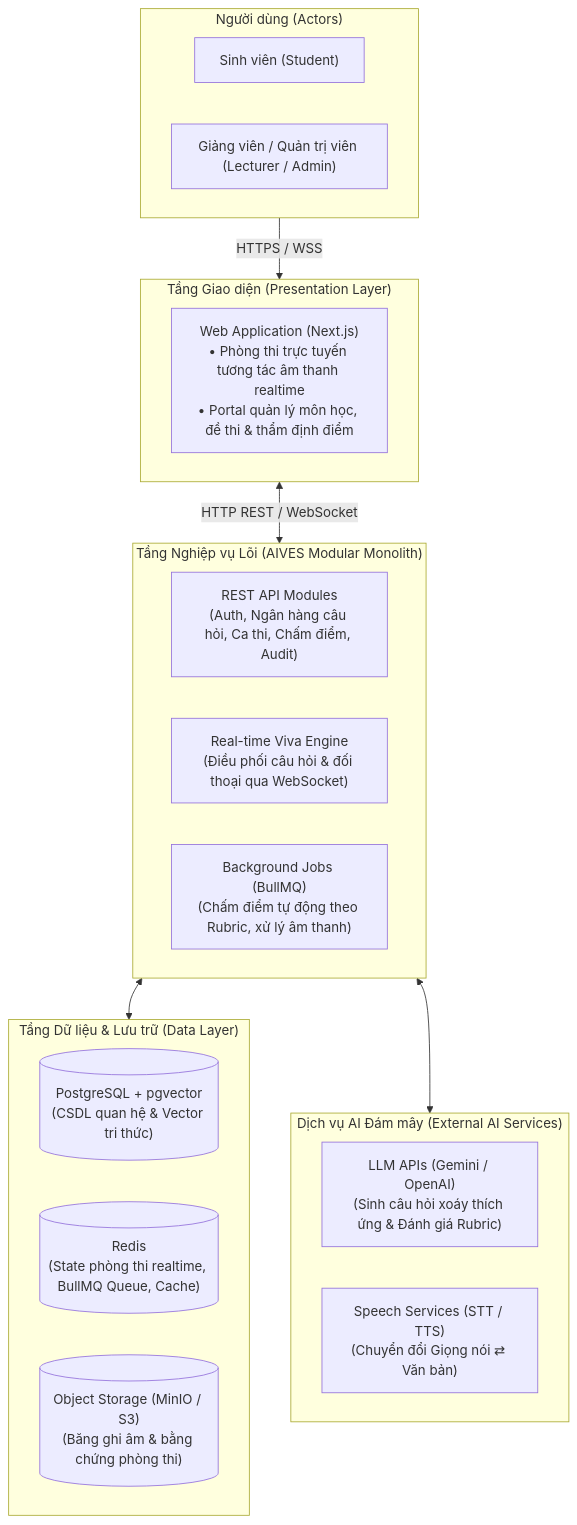
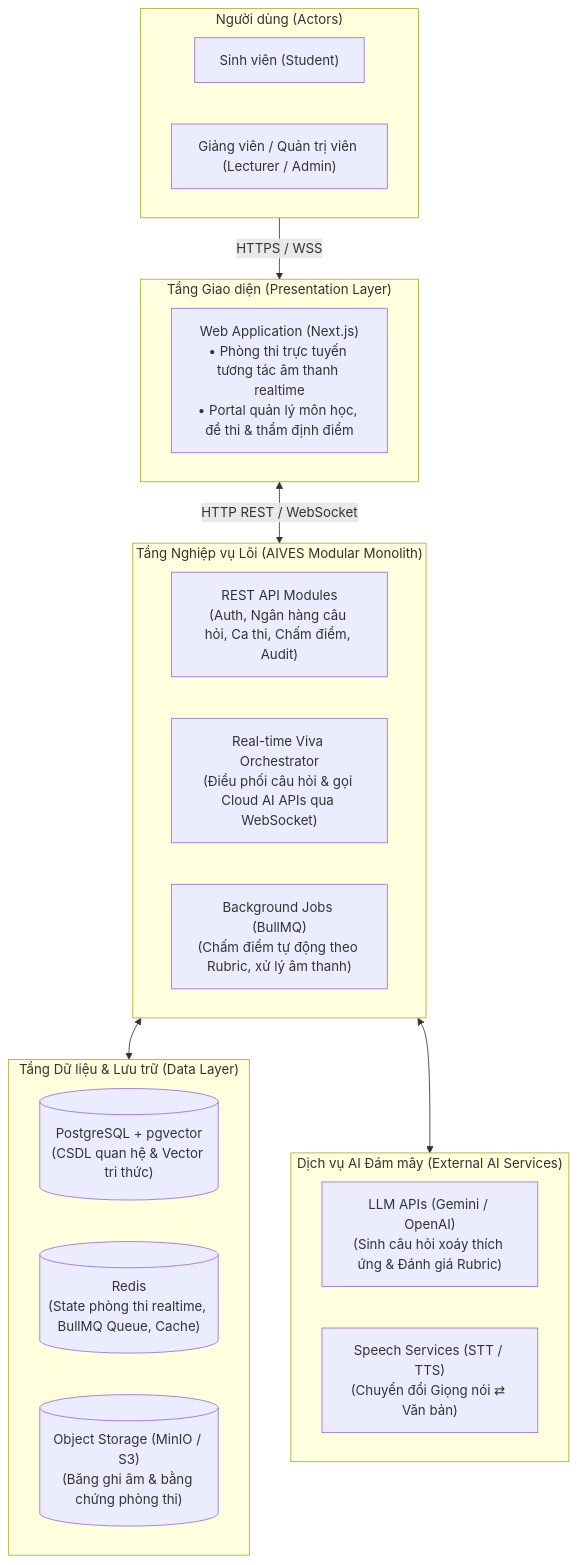
The first of 3 diagrams in document/02-architecture-design.md (SWD392-Group-4/AI-powered-Viva-Exam-System), drawn with Mermaid before and after one commit. The commit also changed other lines of this file and 6 other files, not shown here.

Commit message:
docs: add system architecture, business rules, workflows, and use-case diagram for AIVES

````diff
--- a/document/02-architecture-design.md
+++ b/document/02-architecture-design.md
@@ -15,33 +15,33 @@
 ```mermaid
 flowchart TB
     subgraph Users["Người dùng (Actors)"]
         STU["Sinh viên (Student)"]
         LEC["Giảng viên / Quản trị viên (Lecturer / Admin)"]
     end
 
     subgraph Presentation["Tầng Giao diện (Presentation Layer)"]
         CLIENT["Web Application (Next.js)\n• Phòng thi trực tuyến tương tác âm thanh realtime\n• Portal quản lý môn học, đề thi & thẩm định điểm"]
     end
 
     subgraph Backend["Tầng Nghiệp vụ Lõi (AIVES Modular Monolith)"]
         API["REST API Modules\n(Auth, Ngân hàng câu hỏi, Ca thi, Chấm điểm, Audit)"]
-        REALTIME["Real-time Viva Engine\n(Điều phối câu hỏi & đối thoại qua WebSocket)"]
+        REALTIME["Real-time Viva Orchestrator\n(Điều phối câu hỏi & gọi Cloud AI APIs qua WebSocket)"]
         WORKER["Background Jobs (BullMQ)\n(Chấm điểm tự động theo Rubric, xử lý âm thanh)"]
     end
 
     subgraph Infrastructure["Tầng Dữ liệu & Lưu trữ (Data Layer)"]
         DB[("PostgreSQL + pgvector\n(CSDL quan hệ & Vector tri thức)")]
         CACHE[("Redis\n(State phòng thi realtime, BullMQ Queue, Cache)")]
         STORAGE[("Object Storage (MinIO / S3)\n(Băng ghi âm & bằng chứng phòng thi)")]
     end
 
     subgraph External["Dịch vụ AI Đám mây (External AI Services)"]
         LLM["LLM APIs (Gemini / OpenAI)\n(Sinh câu hỏi xoáy thích ứng & Đánh giá Rubric)"]
         SPEECH["Speech Services (STT / TTS)\n(Chuyển đổi Giọng nói ⇄ Văn bản)"]
     end
 
     Users -->|HTTPS / WSS| Presentation
     Presentation <-->|HTTP REST / WebSocket| Backend
     Backend <--> Infrastructure
     Backend <--> External
 ```
````
